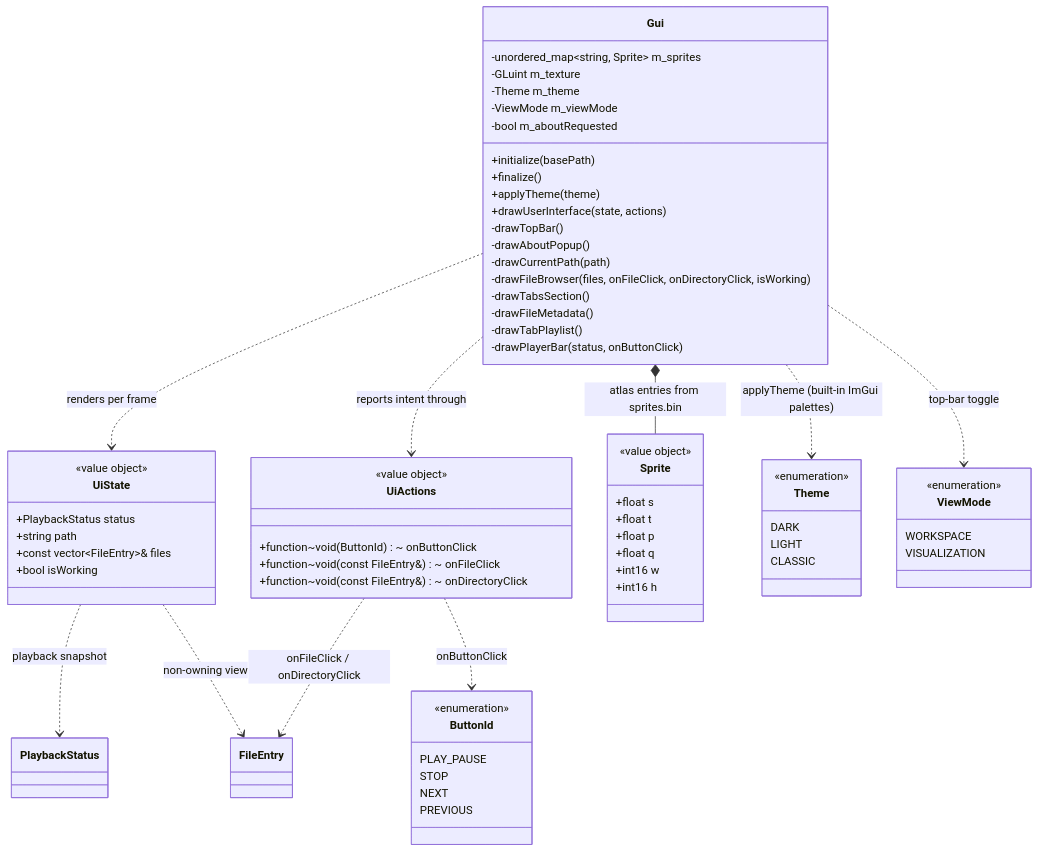
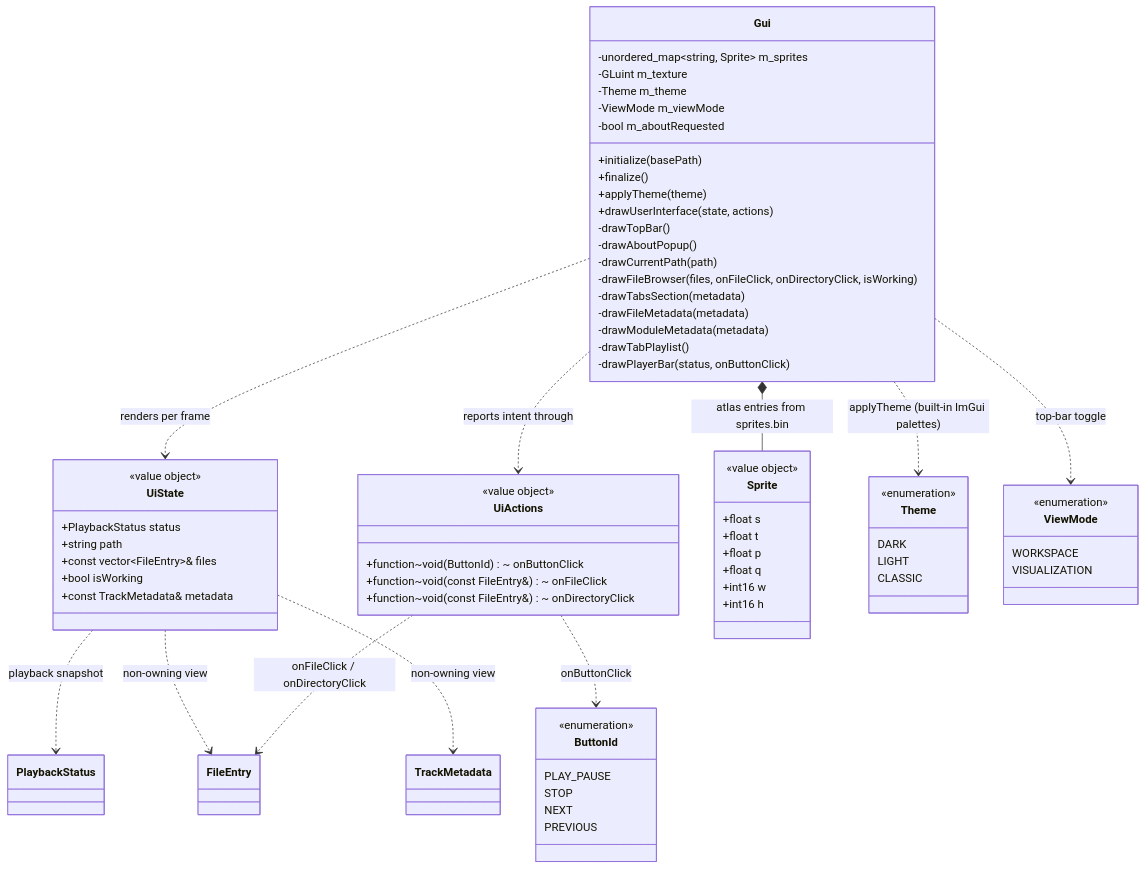
Before and after one commit to notnotme/osp2: the diagram in docs/ui.md, drawn with Mermaid. The commit also changed other lines of this file and 4 other files, not shown here.

First line of the commit message:
feat: render the Metadata tab from typed track metadata

````diff
--- a/docs/ui.md
+++ b/docs/ui.md
@@ -5,78 +5,81 @@
 ```mermaid
 classDiagram
     class Gui {
         -unordered_map~string, Sprite~ m_sprites
         -GLuint m_texture
         -Theme m_theme
         -ViewMode m_viewMode
         -bool m_aboutRequested
         +initialize(basePath)
         +finalize()
         +applyTheme(theme)
         +drawUserInterface(state, actions)
         -drawTopBar()
         -drawAboutPopup()
         -drawCurrentPath(path)
         -drawFileBrowser(files, onFileClick, onDirectoryClick, isWorking)
-        -drawTabsSection()
-        -drawFileMetadata()
+        -drawTabsSection(metadata)
+        -drawFileMetadata(metadata)
+        -drawModuleMetadata(metadata)
         -drawTabPlaylist()
         -drawPlayerBar(status, onButtonClick)
     }
 
     class UiState {
         <<value object>>
         +PlaybackStatus status
         +string path
         +const vector~FileEntry~& files
         +bool isWorking
+        +const TrackMetadata& metadata
     }
 
     class UiActions {
         <<value object>>
         +function~void(ButtonId)~ onButtonClick
         +function~void(const FileEntry&)~ onFileClick
         +function~void(const FileEntry&)~ onDirectoryClick
     }
 
     class Sprite {
         <<value object>>
         +float s
         +float t
         +float p
         +float q
         +int16 w
         +int16 h
     }
 
     class ButtonId {
         <<enumeration>>
         PLAY_PAUSE
         STOP
         NEXT
         PREVIOUS
     }
 
     class Theme {
         <<enumeration>>
         DARK
         LIGHT
         CLASSIC
     }
 
     class ViewMode {
         <<enumeration>>
         WORKSPACE
         VISUALIZATION
     }
 
     Gui *-- Sprite : atlas entries from sprites.bin
     Gui ..> Theme : applyTheme (built-in ImGui palettes)
     Gui ..> ViewMode : top-bar toggle
     Gui ..> UiState : renders per frame
     Gui ..> UiActions : reports intent through
     UiState ..> PlaybackStatus : playback snapshot
     UiState ..> FileEntry : non-owning view
+    UiState ..> TrackMetadata : non-owning view
     UiActions ..> ButtonId : onButtonClick
     UiActions ..> FileEntry : onFileClick / onDirectoryClick
 ```
````
